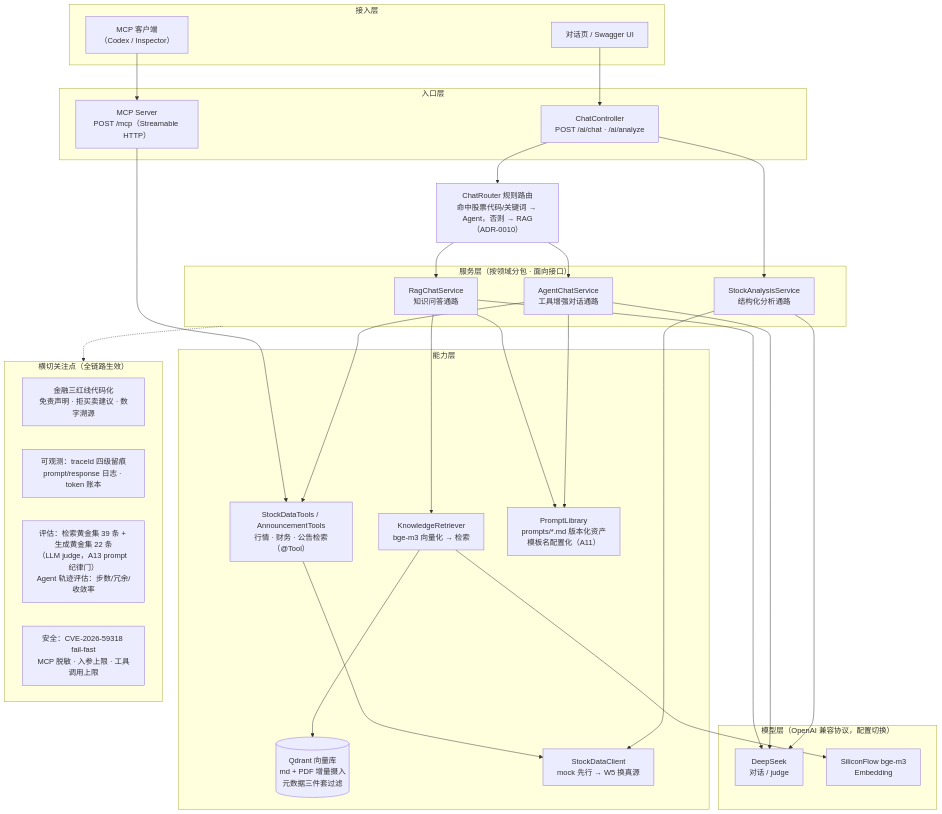
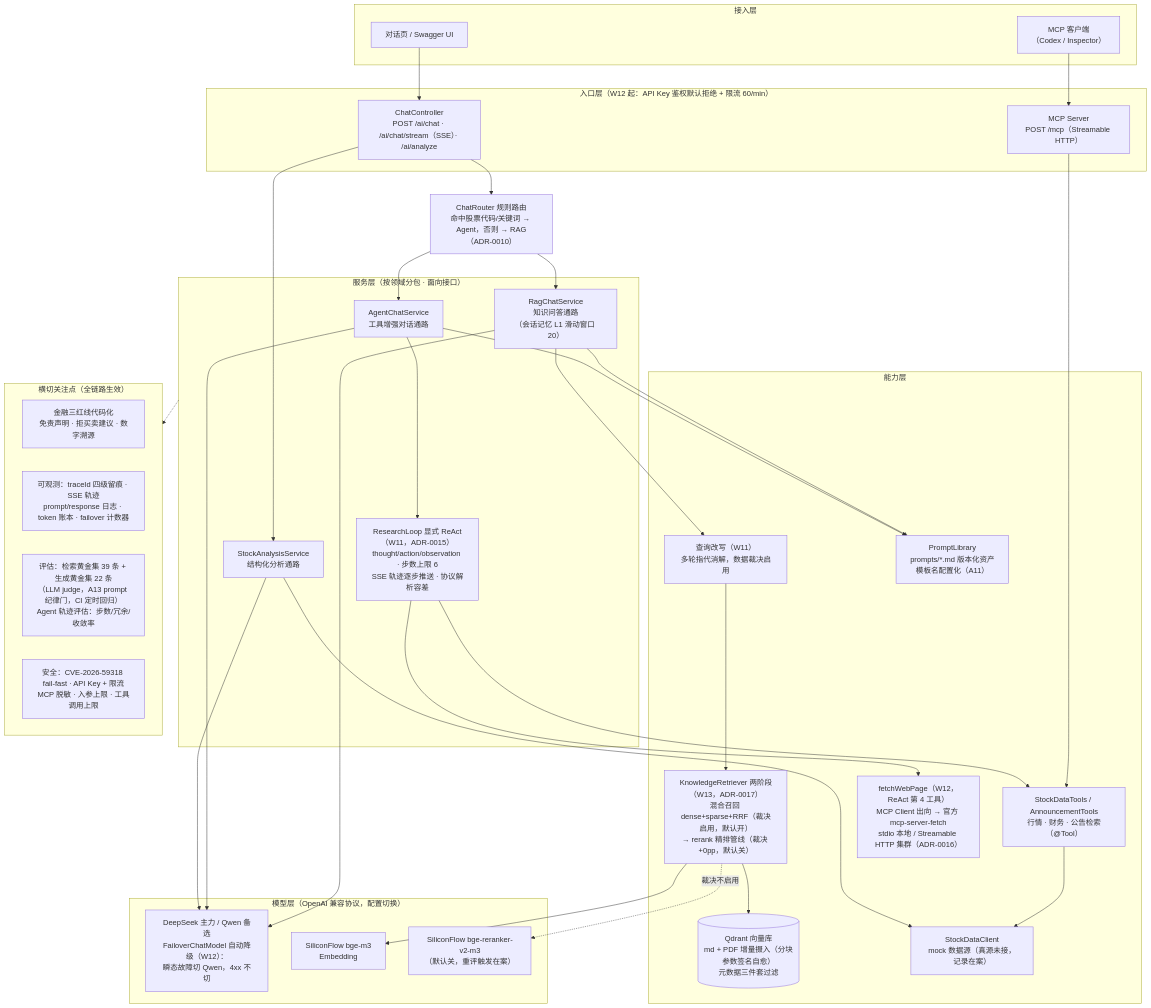
The diagram in README.md (GuohuiYin/ai-evolution), drawn with Mermaid before and after one commit. The commit also changed other lines of this file, not shown here.

Commit message:
docs(readme): 架构图 W9→W13 重绘——ReAct Loop/SSE/记忆/改写/两阶段检索/MCP Client 出向/failover/鉴权限流入图；生成集 16→22 条；部署形态补 mcp-fetch；StockClient mock 标注去过时

````diff
--- a/README.md
+++ b/README.md
@@ -60,55 +60,63 @@
 ```mermaid
 flowchart TB
     subgraph clients["接入层"]
         UI["对话页 / Swagger UI"]
         MCPClient["MCP 客户端<br/>（Codex / Inspector）"]
     end
 
-    subgraph entry["入口层"]
-        Ctrl["ChatController<br/>POST /ai/chat · /ai/analyze"]
+    subgraph entry["入口层（W12 起：API Key 鉴权默认拒绝 + 限流 60/min）"]
+        Ctrl["ChatController<br/>POST /ai/chat · /ai/chat/stream（SSE）· /ai/analyze"]
         MCPServer["MCP Server<br/>POST /mcp（Streamable HTTP）"]
     end
 
     Router["ChatRouter 规则路由<br/>命中股票代码/关键词 → Agent，否则 → RAG<br/>（ADR-0010）"]
 
     subgraph services["服务层（按领域分包 · 面向接口）"]
-        RAG["RagChatService<br/>知识问答通路"]
+        RAG["RagChatService<br/>知识问答通路<br/>（会话记忆 L1 滑动窗口 20）"]
         Agent["AgentChatService<br/>工具增强对话通路"]
+        Loop["ResearchLoop 显式 ReAct（W11，ADR-0015）<br/>thought/action/observation · 步数上限 6<br/>SSE 轨迹逐步推送 · 协议解析容差"]
         Analyze["StockAnalysisService<br/>结构化分析通路"]
     end
 
     subgraph capability["能力层"]
-        Retriever["KnowledgeRetriever<br/>bge-m3 向量化 → 检索"]
-        Qdrant[("Qdrant 向量库<br/>md + PDF 增量摄入<br/>元数据三件套过滤")]
+        Rewrite["查询改写（W11）<br/>多轮指代消解，数据裁决启用"]
+        Retriever["KnowledgeRetriever 两阶段（W13，ADR-0017）<br/>混合召回 dense+sparse+RRF（裁决启用，默认开）<br/>→ rerank 精排管线（裁决 +0pp，默认关）"]
+        Qdrant[("Qdrant 向量库<br/>md + PDF 增量摄入（分块参数签名自愈）<br/>元数据三件套过滤")]
         Tools["StockDataTools / AnnouncementTools<br/>行情 · 财务 · 公告检索（@Tool）"]
-        StockClient["StockDataClient<br/>mock 先行 → W5 换真源"]
+        Fetch["fetchWebPage（W12，ReAct 第 4 工具）<br/>MCP Client 出向 → 官方 mcp-server-fetch<br/>stdio 本地 / Streamable HTTP 集群（ADR-0016）"]
+        StockClient["StockDataClient<br/>mock 数据源（真源未接，记录在案）"]
         Prompts["PromptLibrary<br/>prompts/*.md 版本化资产<br/>模板名配置化（A11）"]
     end
 
     subgraph models["模型层（OpenAI 兼容协议，配置切换）"]
-        LLM["DeepSeek<br/>对话 / judge"]
+        LLM["DeepSeek 主力 / Qwen 备选<br/>FailoverChatModel 自动降级（W12）：<br/>瞬态故障切 Qwen，4xx 不切"]
         Embed["SiliconFlow bge-m3<br/>Embedding"]
+        Rerank["SiliconFlow bge-reranker-v2-m3<br/>（默认关，重评触发在案）"]
     end
 
     UI --> Ctrl
     MCPClient --> MCPServer
     MCPServer --> Tools
     Ctrl --> Router
     Router --> RAG & Agent
     Ctrl --> Analyze
-    RAG --> Retriever --> Qdrant
+    Agent --> Loop
+    Loop --> Tools
+    Loop --> Fetch
+    RAG --> Rewrite --> Retriever --> Qdrant
     RAG --> Prompts
-    Agent --> Tools --> StockClient
     Agent --> Prompts
+    Tools --> StockClient
     Analyze --> StockClient
     Retriever --> Embed
+    Retriever -.裁决不启用.-> Rerank
     RAG & Agent & Analyze --> LLM
 
     subgraph cross["横切关注点（全链路生效）"]
         RedLines["金融三红线代码化<br/>免责声明 · 拒买卖建议 · 数字溯源"]
-        Obs["可观测：traceId 四级留痕<br/>prompt/response 日志 · token 账本"]
-        Eval["评估：检索黄金集 39 条 + 生成黄金集 22 条<br/>（LLM judge，A13 prompt 纪律门）<br/>Agent 轨迹评估：步数/冗余/收敛率"]
-        Sec["安全：CVE-2026-59318 fail-fast<br/>MCP 脱敏 · 入参上限 · 工具调用上限"]
+        Obs["可观测：traceId 四级留痕 · SSE 轨迹<br/>prompt/response 日志 · token 账本 · failover 计数器"]
+        Eval["评估：检索黄金集 39 条 + 生成黄金集 22 条<br/>（LLM judge，A13 prompt 纪律门，CI 定时回归）<br/>Agent 轨迹评估：步数/冗余/收敛率"]
+        Sec["安全：CVE-2026-59318 fail-fast · API Key + 限流<br/>MCP 脱敏 · 入参上限 · 工具调用上限"]
     end
     services -.-> cross
 ```
````
